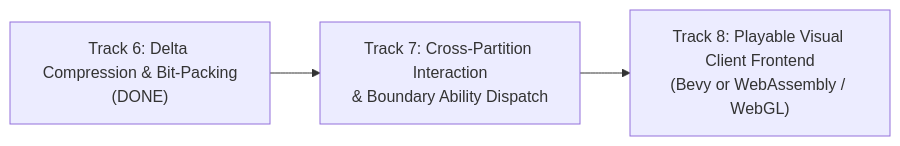
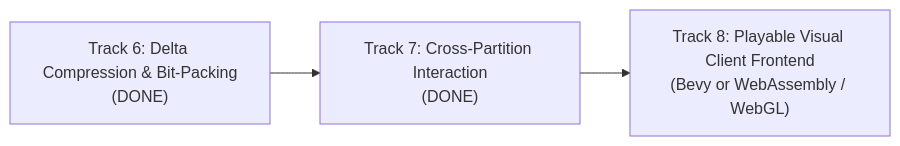
The diagram in ROADMAP.md (Jakousa/rust-server), drawn with Mermaid before and after one commit. The commit also changed other lines of this file and 15 other files, not shown here.

First line of the commit message:
feat: Track 7 - Cross-Partition Interaction & Boundary Ability Dispatch (#6)

````diff
--- a/ROADMAP.md
+++ b/ROADMAP.md
@@ -80,5 +91,5 @@
 ```mermaid
 flowchart LR
-    T6["Track 6: Delta Compression & Bit-Packing\n(DONE)"] --> T7["Track 7: Cross-Partition Interaction\n& Boundary Ability Dispatch"]
+    T6["Track 6: Delta Compression & Bit-Packing\n(DONE)"] --> T7["Track 7: Cross-Partition Interaction\n(DONE)"]
     T7 --> T8["Track 8: Playable Visual Client Frontend\n(Bevy or WebAssembly / WebGL)"]
 ```
````
